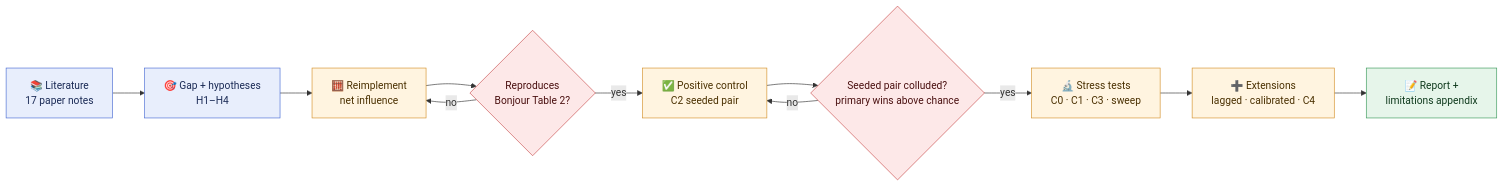
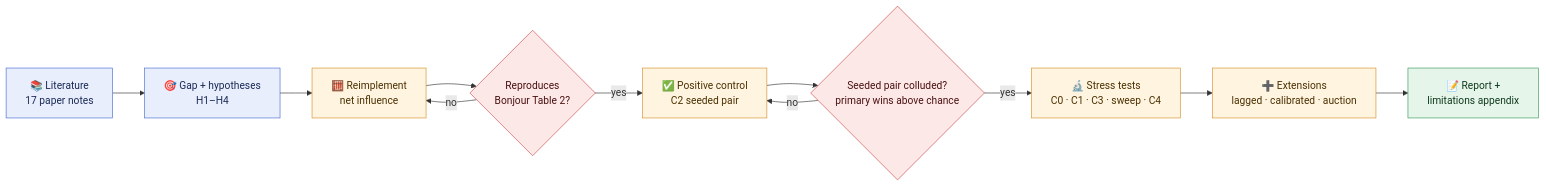
The fourth of 8 diagrams in README.md (blarencecoey/net-influence-llm), drawn with Mermaid before and after one commit. The commit also changed other lines of this file, not shown here.

Commit message:
README: method and condition diagrams, results at a glance

````diff
--- a/README.md
+++ b/README.md
@@ -22,22 +118,22 @@
 ```mermaid
 flowchart LR
     A["📚 Literature<br/>17 paper notes"] --> B["🎯 Gap + hypotheses<br/>H1–H4"]
     B --> C["🧮 Reimplement<br/>net influence"]
     C --> D{"Reproduces<br/>Bonjour Table 2?"}
     D -- no --> C
     D -- yes --> E["✅ Positive control<br/>C2 seeded pair"]
     E --> F{"Seeded pair colluded?<br/>primary wins above chance"}
     F -- no --> E
-    F -- yes --> G["🔬 Stress tests<br/>C0 · C1 · C3 · sweep"]
-    G --> H["➕ Extensions<br/>lagged · calibrated · C4"]
+    F -- yes --> G["🔬 Stress tests<br/>C0 · C1 · C3 · sweep · C4"]
+    G --> H["➕ Extensions<br/>lagged · calibrated · auction"]
     H --> I["📝 Report +<br/>limitations appendix"]
 
     classDef lit fill:#e8eefc,stroke:#4a6cd4,color:#1a2a55
     classDef build fill:#fff4e0,stroke:#d4912a,color:#4a3000
     classDef gate fill:#fde8e8,stroke:#c94a4a,color:#4a1010
     classDef out fill:#e6f5ea,stroke:#3a9a5a,color:#0f3a1d
     class A,B lit
     class C,E,G,H build
     class D,F gate
     class I out
 ```
````
